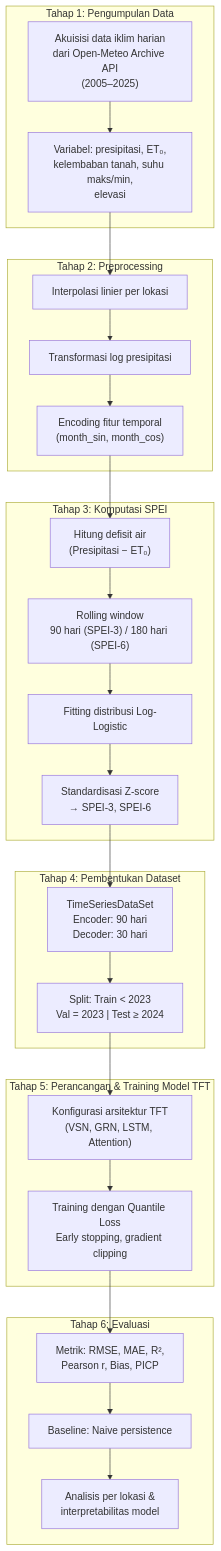
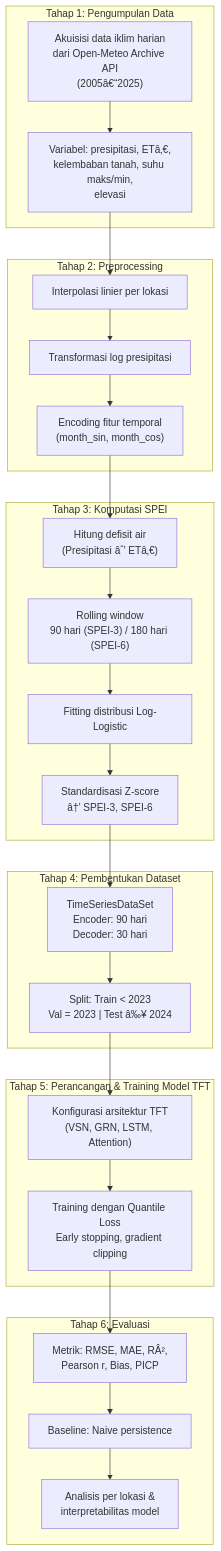
One commit to Vanszs/Skripsi_Nopal_SPEI changed the second of 6 diagrams in docs/PANDUAN_SEMINAR_PROPOSAL.md. Above: the diagram before and after it, drawn with Mermaid. The commit also changed other lines of this file and 28 other files, not shown here.

````diff
--- a/docs/PANDUAN_SEMINAR_PROPOSAL.md
+++ b/docs/PANDUAN_SEMINAR_PROPOSAL.md
@@ -133,38 +133,38 @@
 ```mermaid
 flowchart TD
     subgraph "Tahap 1: Pengumpulan Data"
-        A1["Akuisisi data iklim harian<br/>dari Open-Meteo Archive API<br/>(2005–2025)"]
-        A2["Variabel: presipitasi, ET₀,<br/>kelembaban tanah, suhu maks/min,<br/>elevasi"]
+        A1["Akuisisi data iklim harian<br/>dari Open-Meteo Archive API<br/>(2005â€“2025)"]
+        A2["Variabel: presipitasi, ETâ‚€,<br/>kelembaban tanah, suhu maks/min,<br/>elevasi"]
     end
 
     subgraph "Tahap 2: Preprocessing"
         B1["Interpolasi linier per lokasi"]
         B2["Transformasi log presipitasi"]
         B3["Encoding fitur temporal<br/>(month_sin, month_cos)"]
     end
 
     subgraph "Tahap 3: Komputasi SPEI"
-        C1["Hitung defisit air<br/>(Presipitasi − ET₀)"]
+        C1["Hitung defisit air<br/>(Presipitasi âˆ’ ETâ‚€)"]
         C2["Rolling window<br/>90 hari (SPEI-3) / 180 hari (SPEI-6)"]
         C3["Fitting distribusi Log-Logistic"]
-        C4["Standardisasi Z-score<br/>→ SPEI-3, SPEI-6"]
+        C4["Standardisasi Z-score<br/>â†’ SPEI-3, SPEI-6"]
     end
 
     subgraph "Tahap 4: Pembentukan Dataset"
         D1["TimeSeriesDataSet<br/>Encoder: 90 hari<br/>Decoder: 30 hari"]
-        D2["Split: Train < 2023<br/>Val = 2023 | Test ≥ 2024"]
+        D2["Split: Train < 2023<br/>Val = 2023 | Test â‰¥ 2024"]
     end
 
     subgraph "Tahap 5: Perancangan & Training Model TFT"
         E1["Konfigurasi arsitektur TFT<br/>(VSN, GRN, LSTM, Attention)"]
         E2["Training dengan Quantile Loss<br/>Early stopping, gradient clipping"]
     end
 
     subgraph "Tahap 6: Evaluasi"
-        F1["Metrik: RMSE, MAE, R²,<br/>Pearson r, Bias, PICP"]
+        F1["Metrik: RMSE, MAE, RÂ²,<br/>Pearson r, Bias, PICP"]
         F2["Baseline: Naive persistence"]
         F3["Analisis per lokasi &<br/>interpretabilitas model"]
     end
 
     A1 --> A2 --> B1 --> B2 --> B3 --> C1 --> C2 --> C3 --> C4 --> D1 --> D2 --> E1 --> E2 --> F1 --> F2 --> F3
 ```
````
